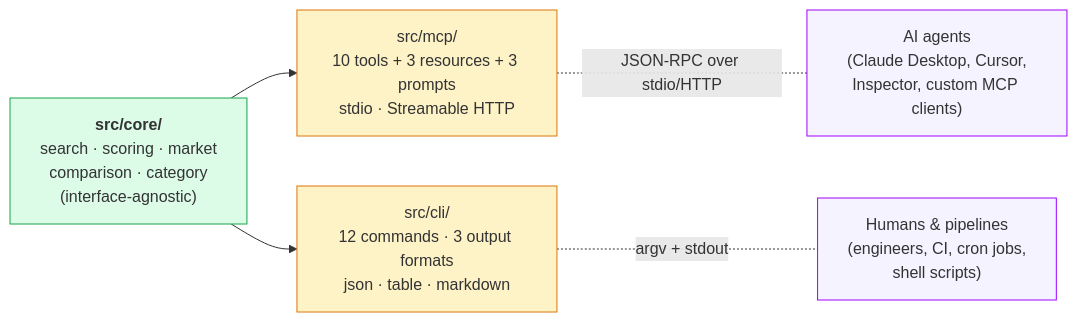
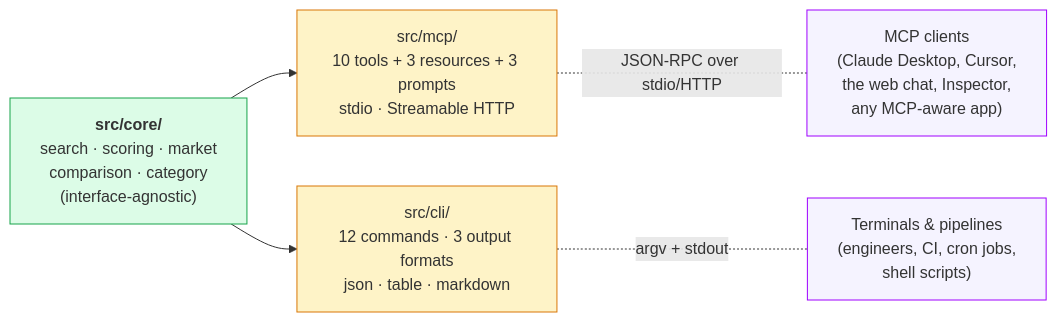
The first of 4 diagrams in docs/mcp-vs-cli.md (diegoperezg7/groupon-deal-intelligence-mcp), drawn with Mermaid before and after one commit. The commit also changed other lines of this file and 2 other files, not shown here.

First line of the commit message:
docs: reframe MCP audience from "AI agents" to "MCP clients" per brief

````diff
--- a/docs/mcp-vs-cli.md
+++ b/docs/mcp-vs-cli.md
@@ -9,20 +9,20 @@
 ```mermaid
 flowchart LR
     Core["<b>src/core/</b><br/>search · scoring · market<br/>comparison · category<br/>(interface-agnostic)"]
     MCP["src/mcp/<br/>10 tools + 3 resources + 3 prompts<br/>stdio · Streamable HTTP"]
     CLI["src/cli/<br/>12 commands · 3 output formats<br/>json · table · markdown"]
-    Agents["AI agents<br/>(Claude Desktop, Cursor,<br/>Inspector, custom MCP clients)"]
-    Humans["Humans & pipelines<br/>(engineers, CI, cron jobs,<br/>shell scripts)"]
+    Clients["MCP clients<br/>(Claude Desktop, Cursor,<br/>the web chat, Inspector,<br/>any MCP-aware app)"]
+    Pipes["Terminals & pipelines<br/>(engineers, CI, cron jobs,<br/>shell scripts)"]
 
     Core --> MCP
     Core --> CLI
-    MCP -.JSON-RPC over stdio/HTTP.- Agents
-    CLI -.argv + stdout.- Humans
+    MCP -.JSON-RPC over stdio/HTTP.- Clients
+    CLI -.argv + stdout.- Pipes
 
     classDef core fill:#dcfce7,stroke:#16a34a
     classDef iface fill:#fef3c7,stroke:#d97706
     classDef consumer fill:#f5f3ff,stroke:#9F00FF
     class Core core
     class MCP,CLI iface
-    class Agents,Humans consumer
+    class Clients,Pipes consumer
 ```
````
